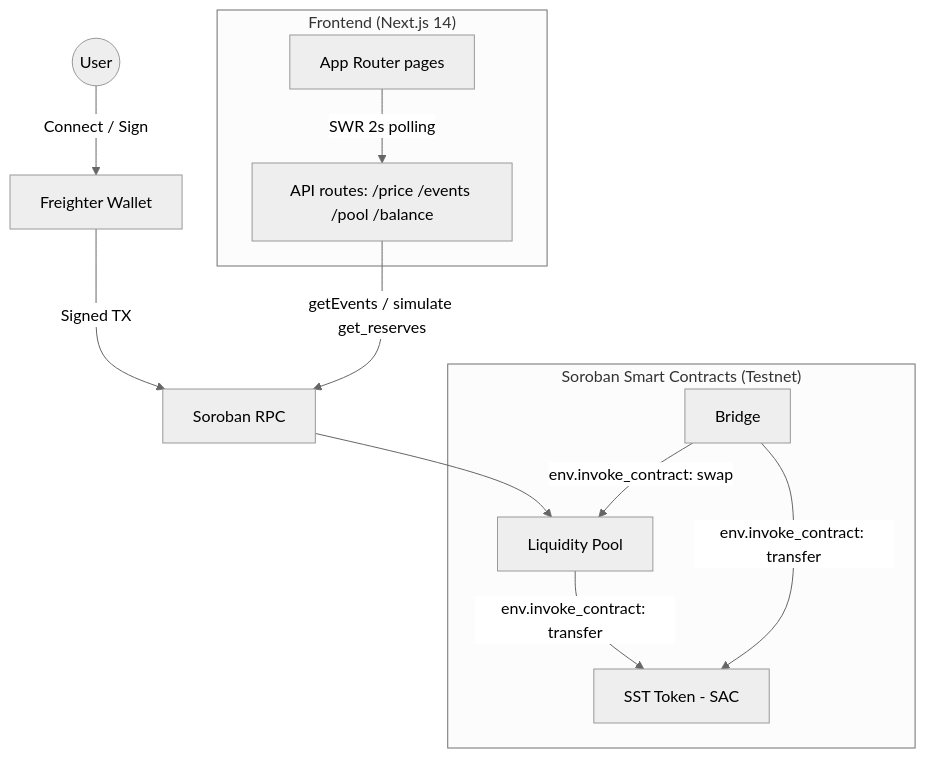
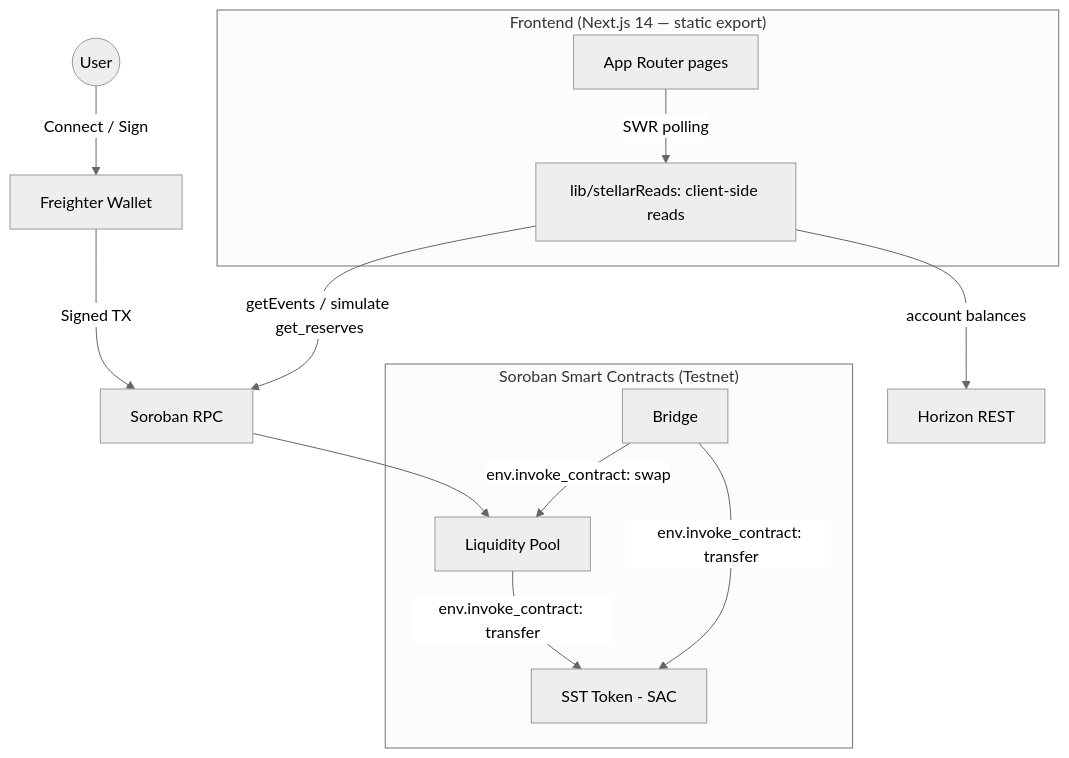
The diagram in README.md (peach1241/SecureStream), drawn with Mermaid (neutral theme) before and after one commit. The commit also changed other lines of this file and 11 other files, not shown here.

Commit message:
refactor(frontend): static export for Cloudflare Pages — move chain reads client-side, drop API routes

````diff
--- a/README.md
+++ b/README.md
@@ -32,24 +32,25 @@
 ```mermaid
 graph TD
     User((User)) -->|Connect / Sign| Freighter[Freighter Wallet]
     Freighter -->|Signed TX| RPC[Soroban RPC]
 
     subgraph "Soroban Smart Contracts (Testnet)"
         Pool[Liquidity Pool]
         Token[SST Token - SAC]
         Bridge[Bridge]
     end
 
     RPC --> Pool
     Pool -->|env.invoke_contract: transfer| Token
     Bridge -->|env.invoke_contract: swap| Pool
     Bridge -->|env.invoke_contract: transfer| Token
 
-    subgraph "Frontend (Next.js 14)"
+    subgraph "Frontend (Next.js 14 — static export)"
         UI[App Router pages]
-        API[API routes: /price /events /pool /balance]
+        Reads[lib/stellarReads: client-side reads]
     end
 
-    UI -->|SWR 2s polling| API
-    API -->|getEvents / simulate get_reserves| RPC
+    UI -->|SWR polling| Reads
+    Reads -->|getEvents / simulate get_reserves| RPC
+    Reads -->|account balances| Horizon[Horizon REST]
 ```
````
